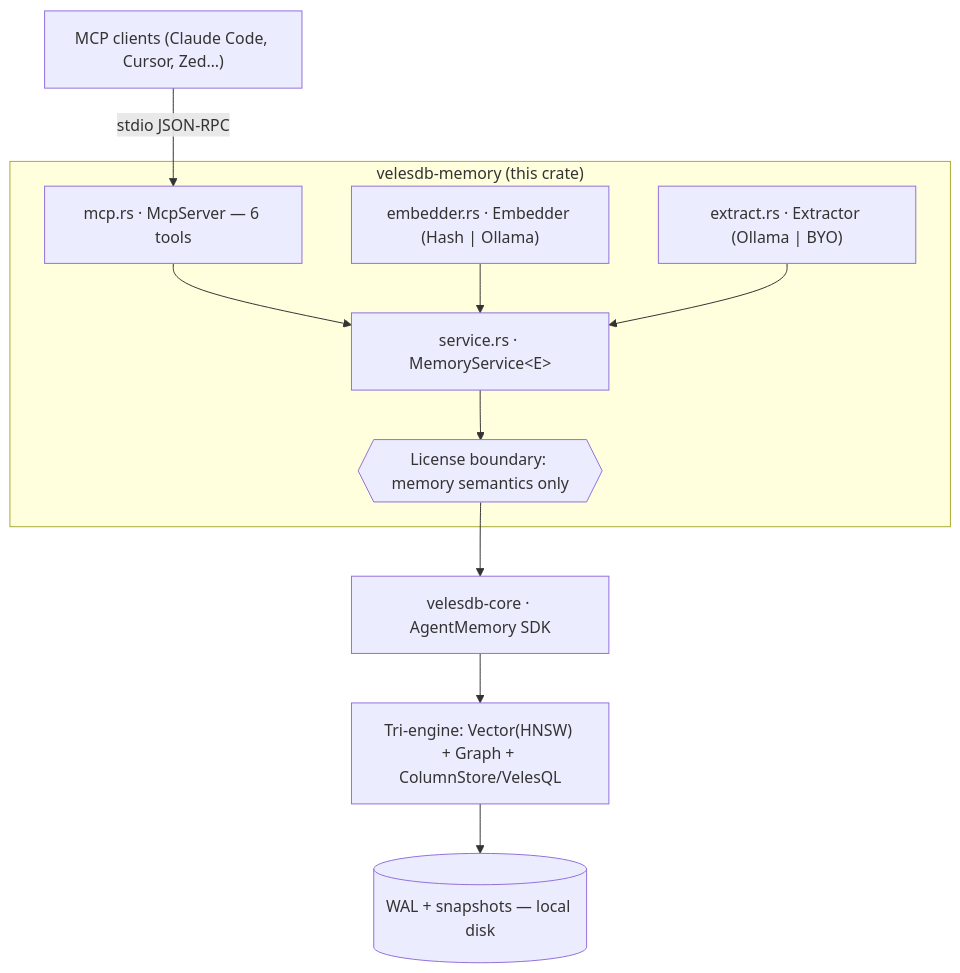
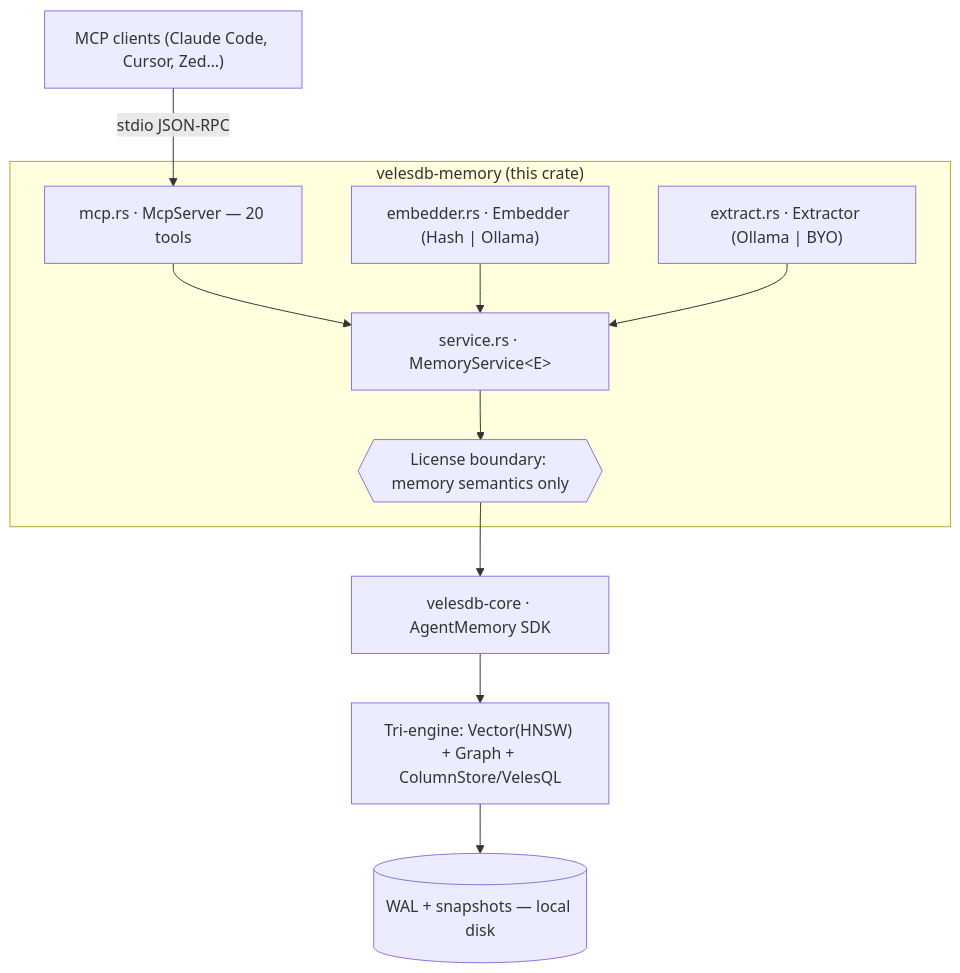
Before and after one commit to cyberlife-coder/VelesDB: the diagram in crates/velesdb-memory/ARCHITECTURE.md, drawn with Mermaid. The commit also changed other lines of this file and 117 other files, not shown here.

````diff
--- a/crates/velesdb-memory/ARCHITECTURE.md
+++ b/crates/velesdb-memory/ARCHITECTURE.md
@@ -65,13 +65,13 @@
 ```mermaid
 flowchart TD
   C["MCP clients (Claude Code, Cursor, Zed…)"] -- "stdio JSON-RPC" --> M
   subgraph VM["velesdb-memory (this crate)"]
-    M["mcp.rs · McpServer — 6 tools"] --> S["service.rs · MemoryService&lt;E&gt;"]
+    M["mcp.rs · McpServer — 20 tools"] --> S["service.rs · MemoryService&lt;E&gt;"]
     EMB["embedder.rs · Embedder (Hash | Ollama)"] --> S
     EXT["extract.rs · Extractor (Ollama | BYO)"] --> S
     S --> LB{{"License boundary: memory semantics only"}}
   end
   LB --> AM["velesdb-core · AgentMemory SDK"]
   AM --> ENG["Tri-engine: Vector(HNSW) + Graph + ColumnStore/VelesQL"]
   ENG --> DISK[("WAL + snapshots — local disk")]
 ```
````
